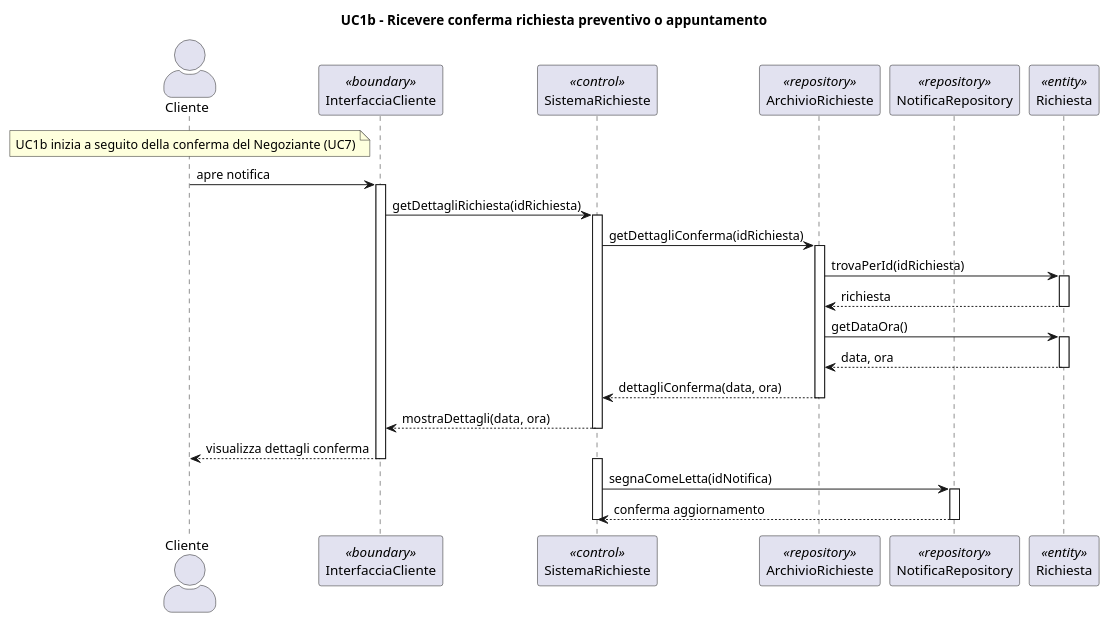
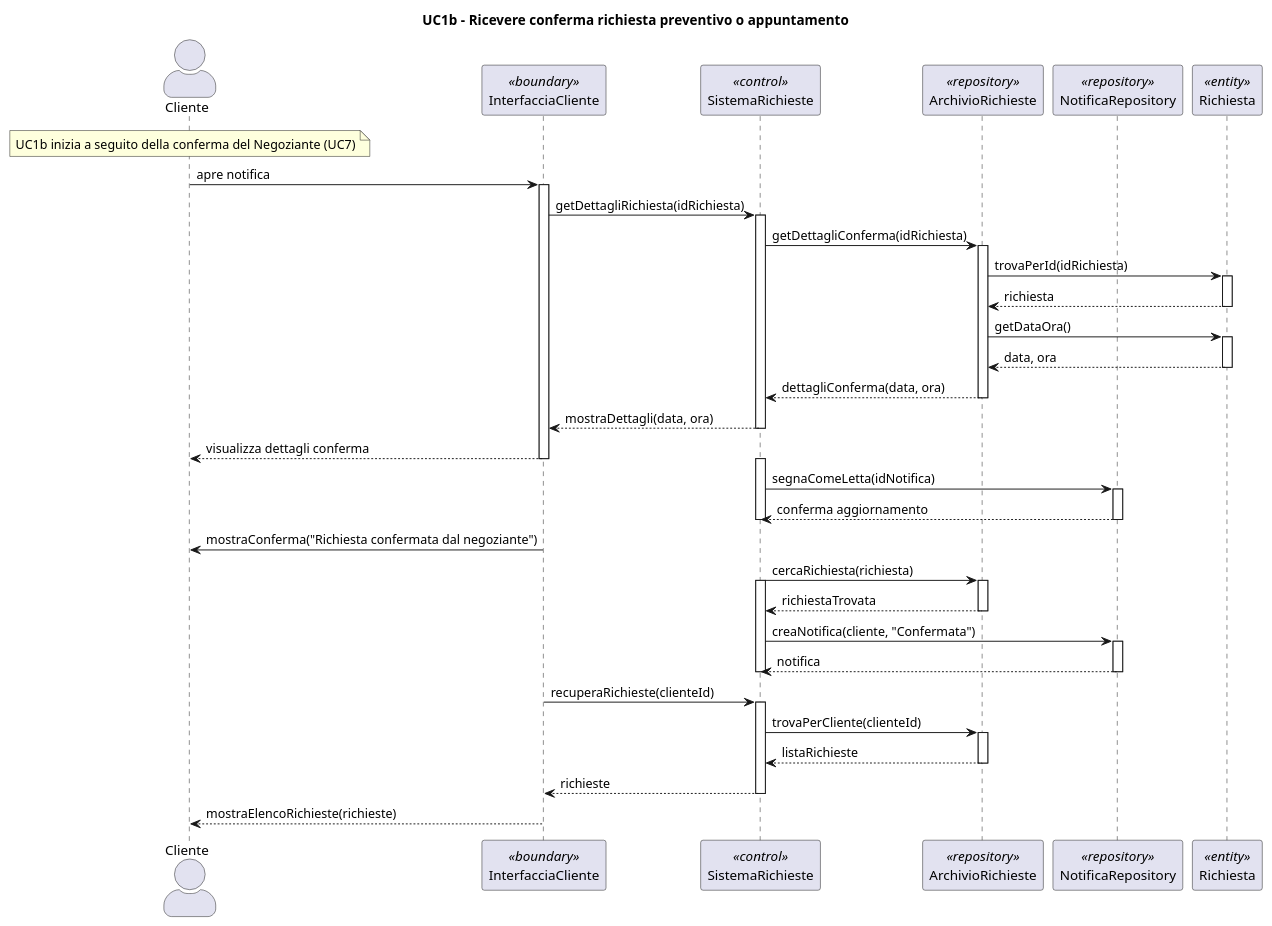
Before and after one commit to Samepsilon/FloWare: the diagram in diagrammiUML/diagrammi di sequenza/UC1b_Ricevere_Conferma_Richiesta_Preventivo_Appuntamento.puml, drawn with PlantUML. The commit also changed 11 other files, not shown here.

```diff
--- a/diagrammiUML/diagrammi di sequenza/UC1b_Ricevere_Conferma_Richiesta_Preventivo_Appuntamento.puml
+++ b/diagrammiUML/diagrammi di sequenza/UC1b_Ricevere_Conferma_Richiesta_Preventivo_Appuntamento.puml
@@ -1,49 +1,73 @@
 @startuml
 
 skinparam actorStyle awesome
 
 title UC1b - Ricevere conferma richiesta preventivo o appuntamento
 
 actor Cliente
 participant "InterfacciaCliente" as BoundaryCli <<boundary>>
 participant "SistemaRichieste" as Control <<control>>
 participant "ArchivioRichieste" as RepoRichiesta <<repository>>
 participant "NotificaRepository" as RepoNotifica <<repository>>
 participant "Richiesta" as Richiesta <<entity>>
 
 note over Cliente : UC1b inizia a seguito della conferma del Negoziante (UC7)
 
 Cliente -> BoundaryCli : apre notifica
 activate BoundaryCli
 BoundaryCli -> Control : getDettagliRichiesta(idRichiesta)
 activate Control
 
 Control -> RepoRichiesta : getDettagliConferma(idRichiesta)
 activate RepoRichiesta
 
 RepoRichiesta -> Richiesta : trovaPerId(idRichiesta)
 activate Richiesta
 Richiesta --> RepoRichiesta : richiesta
 deactivate Richiesta
 
 RepoRichiesta -> Richiesta : getDataOra()
 activate Richiesta
 Richiesta --> RepoRichiesta : data, ora
 deactivate Richiesta
 
 RepoRichiesta --> Control : dettagliConferma(data, ora)
 deactivate RepoRichiesta
 
 Control --> BoundaryCli : mostraDettagli(data, ora)
 deactivate Control
 BoundaryCli --> Cliente : visualizza dettagli conferma
 deactivate BoundaryCli
 
 activate Control
 Control -> RepoNotifica : segnaComeLetta(idNotifica)
 activate RepoNotifica
 RepoNotifica --> Control : conferma aggiornamento
 deactivate RepoNotifica
 deactivate Control
 
+BoundaryCli -> Cliente : mostraConferma("Richiesta confermata dal negoziante")
+
+Control -> RepoRichiesta : cercaRichiesta(richiesta)
+activate Control
+activate RepoRichiesta
+RepoRichiesta --> Control : richiestaTrovata
+deactivate RepoRichiesta
+
+Control -> RepoNotifica : creaNotifica(cliente, "Confermata")
+activate RepoNotifica
+RepoNotifica --> Control : notifica
+deactivate RepoNotifica
+deactivate Control
+
+BoundaryCli -> Control : recuperaRichieste(clienteId)
+activate Control
+Control -> RepoRichiesta : trovaPerCliente(clienteId)
+activate RepoRichiesta
+RepoRichiesta --> Control : listaRichieste
+deactivate RepoRichiesta
+Control --> BoundaryCli : richieste
+deactivate Control
+BoundaryCli --> Cliente : mostraElencoRichieste(richieste)
+
 @enduml
```
